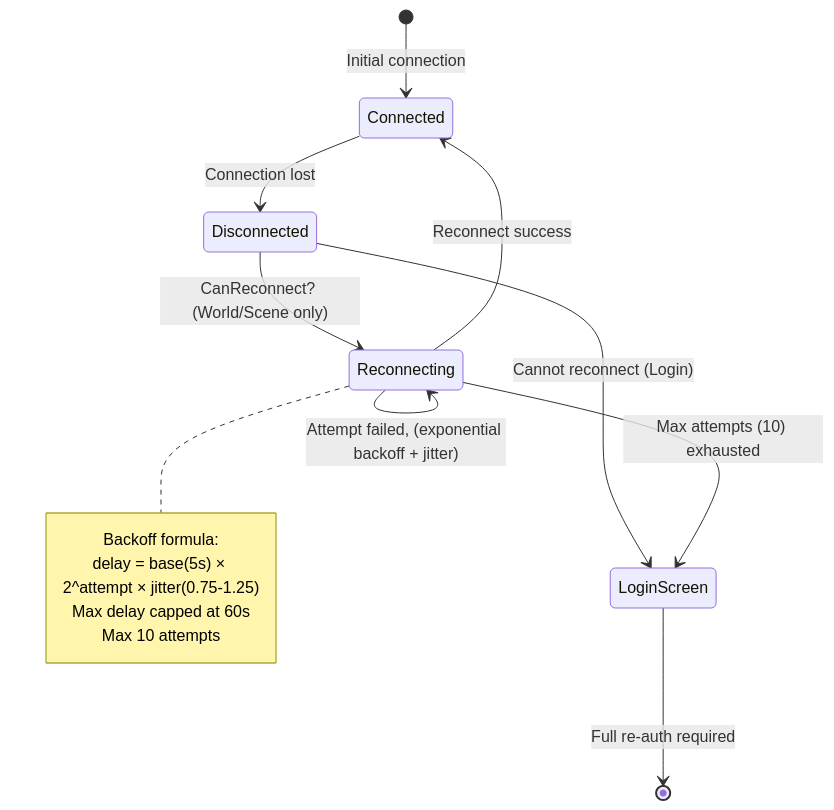
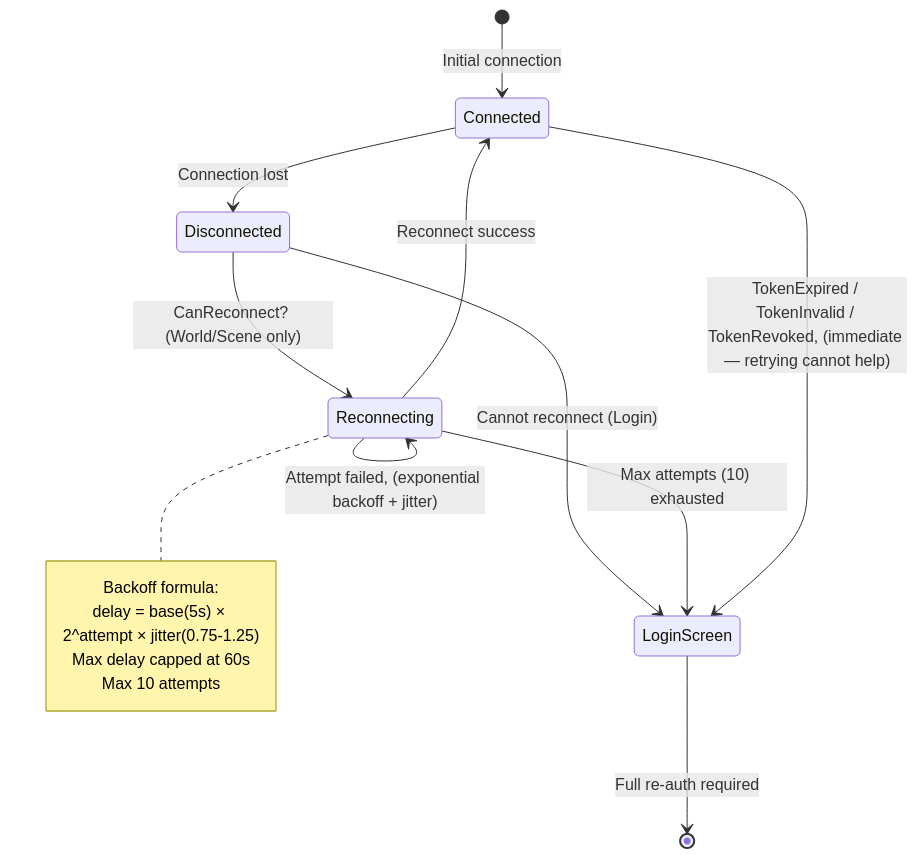
Diagram 12 of 12 in CONNECTION_PIPELINE.md (jimdroberts/FishMMO), drawn with Mermaid before and after one commit. The commit also changed other lines of this file and 4 other files, not shown here.

````diff
--- a/CONNECTION_PIPELINE.md
+++ b/CONNECTION_PIPELINE.md
@@ -742,18 +851,19 @@
 ```mermaid
 stateDiagram-v2
     [*] --> Connected: Initial connection
     Connected --> Disconnected: Connection lost
     Disconnected --> Reconnecting: CanReconnect? (World/Scene only)
     Disconnected --> LoginScreen: Cannot reconnect (Login)
     Reconnecting --> Connected: Reconnect success
     Reconnecting --> Reconnecting: Attempt failed, (exponential backoff + jitter)
     Reconnecting --> LoginScreen: Max attempts (10) exhausted
+    Connected --> LoginScreen: TokenExpired / TokenInvalid / TokenRevoked, (immediate — retrying cannot help)
     LoginScreen --> [*]: Full re-auth required
 
     note right of Reconnecting
         Backoff formula:
         delay = base(5s) × 2^attempt × jitter(0.75-1.25)
         Max delay capped at 60s
         Max 10 attempts
     end note
 ```
````
